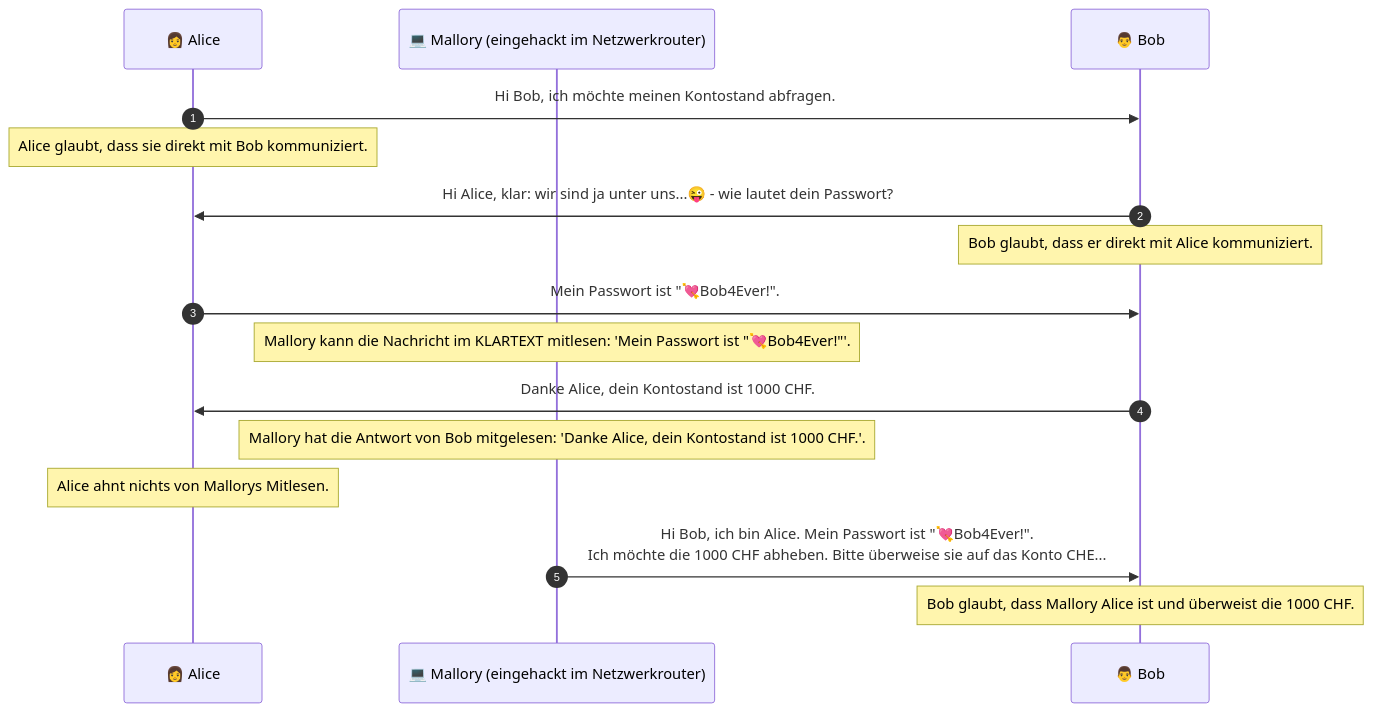
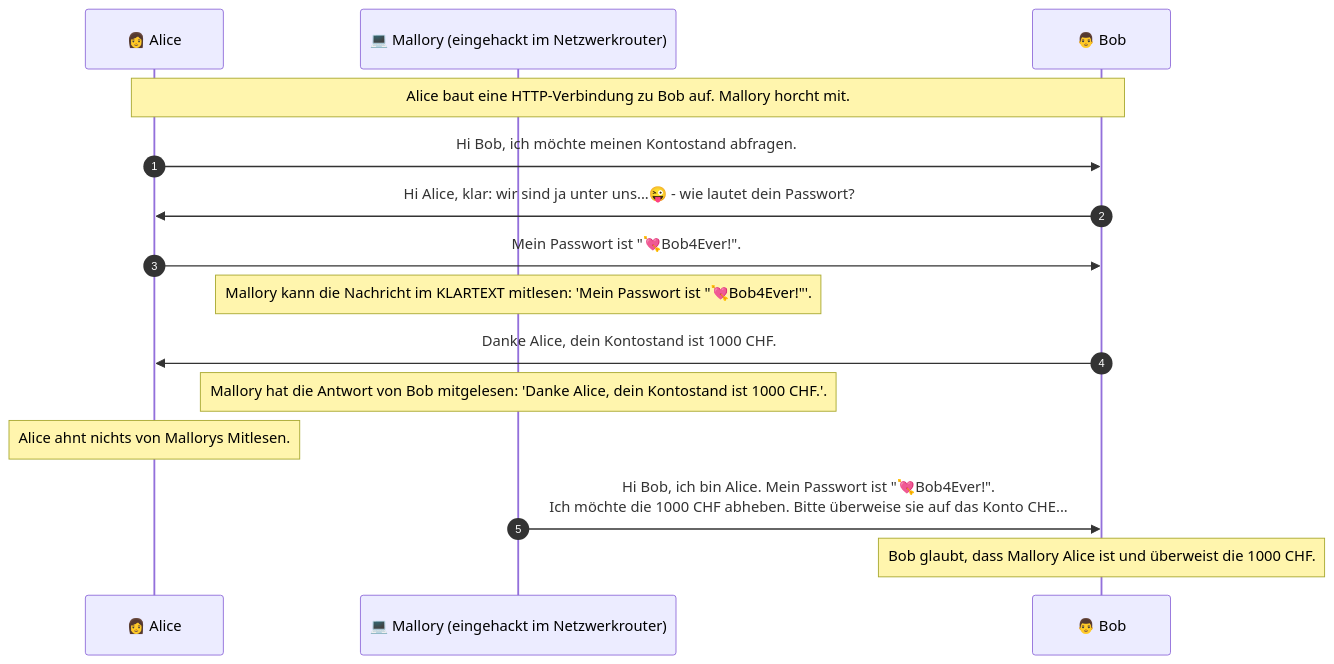
The first of 2 diagrams in Teaching.Slides/pages/7_Authentifizierung_und_Autorisierung/slides.md (teaching-abbts/teaching), drawn with Mermaid before and after one commit. The commit also changed other lines of this file, not shown here.

Commit message:
add program overview and enhance HTTP security slide with additional context

````diff
--- a/Teaching.Slides/pages/7_Authentifizierung_und_Autorisierung/slides.md
+++ b/Teaching.Slides/pages/7_Authentifizierung_und_Autorisierung/slides.md
@@ -25,19 +45,18 @@
 ```mermaid
 sequenceDiagram
   autonumber
   participant Alice as 👩 Alice
   participant Mallory as 💻 Mallory (eingehackt im Netzwerkrouter)
   participant Bob as 👨 Bob
 
+  Note over Alice,Bob: Alice baut eine HTTP-Verbindung zu Bob auf. Mallory horcht mit.
   Alice->>Bob: Hi Bob, ich möchte meinen Kontostand abfragen.
-  Note over Alice: Alice glaubt, dass sie direkt mit Bob kommuniziert.
   Bob->>Alice: Hi Alice, klar: wir sind ja unter uns...😜 - wie lautet dein Passwort?
-  Note over Bob: Bob glaubt, dass er direkt mit Alice kommuniziert.
   Alice->>Bob: Mein Passwort ist "💘Bob4Ever!".
   Note over Mallory: Mallory kann die Nachricht im KLARTEXT mitlesen: 'Mein Passwort ist "💘Bob4Ever!"'.
   Bob->>Alice: Danke Alice, dein Kontostand ist 1000 CHF.
   Note over Mallory: Mallory hat die Antwort von Bob mitgelesen: 'Danke Alice, dein Kontostand ist 1000 CHF.'.
   Note over Alice: Alice ahnt nichts von Mallorys Mitlesen.
   Mallory->>Bob: Hi Bob, ich bin Alice. Mein Passwort ist "💘Bob4Ever!". <br/>Ich möchte die 1000 CHF abheben. Bitte überweise sie auf das Konto CHE...
   Note over Bob: Bob glaubt, dass Mallory Alice ist und überweist die 1000 CHF.
 ```
````
